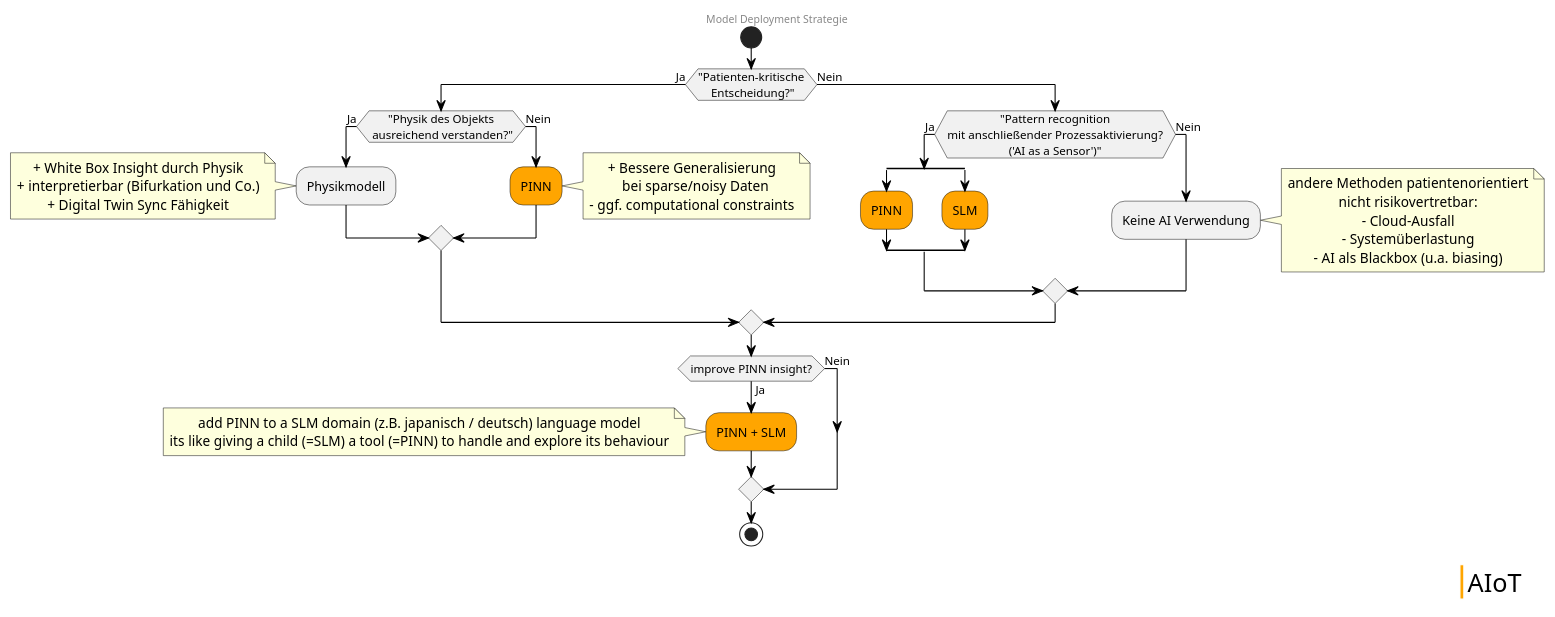
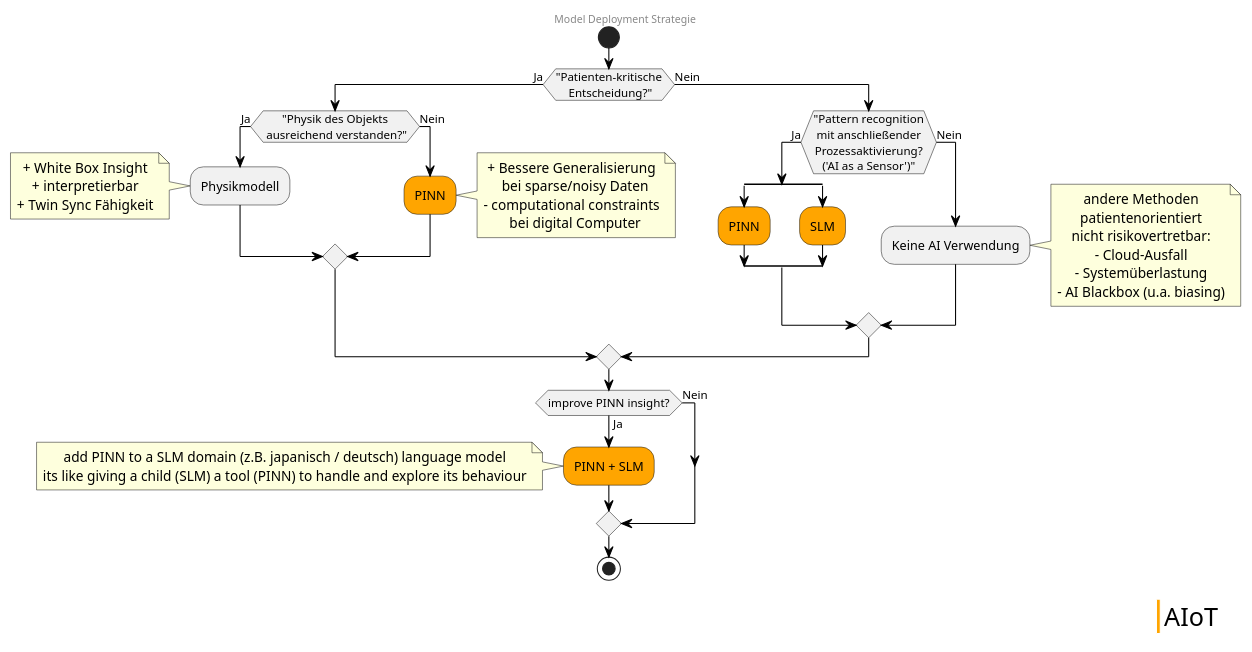
The diagram in doc/model_deployment_strategy.puml (Jan-Piotraschke/Schwanensee), drawn with PlantUML before and after one commit. The commit also changed 1 other file, not shown here.

```diff
--- a/doc/model_deployment_strategy.puml
+++ b/doc/model_deployment_strategy.puml
@@ -1,72 +1,74 @@
 @startuml ModelDeploymentStrategy
 ' ──────────────────────  visual settings  ──────────────────────
 skinparam defaultTextAlignment center
 skinparam node {
   BackgroundColor White
   BorderColor Black
 }
 skinparam arrow {
   Color Black
 }
 
 header
 Model Deployment Strategie
 endheader
 
 ' ──────────────────────  decision flow  ────────────────────────
 start
 
 if ("Patienten-kritische\n Entscheidung?") then (Ja)
   if ("Physik des Objekts\n ausreichend verstanden?") then (Ja)
     :Physikmodell;
     note left
-      + White Box Insight durch Physik
-      + interpretierbar (Bifurkation und Co.)
-      + Digital Twin Sync Fähigkeit
+      + White Box Insight
+      + interpretierbar
+      + Twin Sync Fähigkeit
     end note
   else (Nein)
     #orange:PINN;
     note right
       + Bessere Generalisierung
         bei sparse/noisy Daten
-      - ggf. computational constraints
+      - computational constraints
+        bei digital Computer
     end note
   endif
 else (Nein)
-  if ("Pattern recognition\nmit anschließender Prozessaktivierung?\n('AI as a Sensor')") then (Ja)
+  if ("Pattern recognition\nmit anschließender\nProzessaktivierung?\n('AI as a Sensor')") then (Ja)
     split
       #orange:PINN;
     split again
       #orange:SLM;
     end split
   else (Nein)
     :Keine AI Verwendung;
     note right
-       andere Methoden patientenorientiert
+       andere Methoden
+       patientenorientiert
        nicht risikovertretbar:
        - Cloud-Ausfall
        - Systemüberlastung
-       - AI als Blackbox (u.a. biasing)
+       - AI Blackbox (u.a. biasing)
     end note
   endif
 endif
 
 if (improve PINN insight?) then (Ja)
   #orange:PINN + SLM;
   note left
     add PINN to a SLM domain (z.B. japanisch / deutsch) language model
-    its like giving a child (=SLM) a tool (=PINN) to handle and explore its behaviour
+    its like giving a child (SLM) a tool (PINN) to handle and explore its behaviour
   end note
 else (Nein)
 endif
 
 stop
 
 skinparam LegendBackgroundColor #FFFFFF
 skinparam LegendBorderColor #FFFFFF
 
 legend right
   <#FFFFFF,#FFFFFF>|<#orange>| <size:24>AIoT</size> |
 endlegend
 
 @enduml
```
